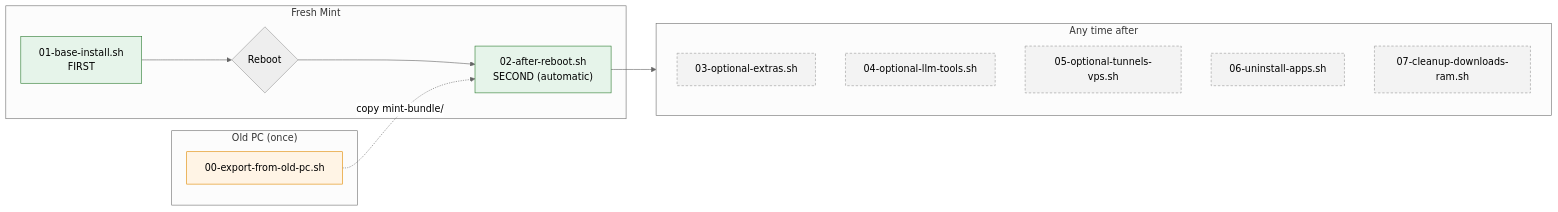
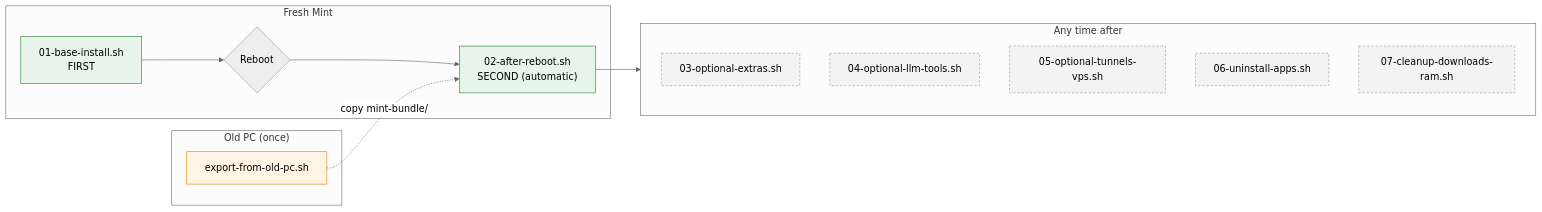
One commit to aquibahmed21/mint changed the first of 8 diagrams in README.md. Above: the diagram before and after it, drawn with Mermaid (neutral theme). The commit also changed other lines of this file and 5 other files, not shown here.

````diff
--- a/README.md
+++ b/README.md
@@ -29,27 +31,27 @@
 ```mermaid
 flowchart LR
     subgraph OLD["Old PC (once)"]
-        E[00-export-from-old-pc.sh]
+        E[export-from-old-pc.sh]
     end
     subgraph NEW["Fresh Mint"]
         A["01-base-install.sh<br/>FIRST"] --> R{Reboot}
         R --> B["02-after-reboot.sh<br/>SECOND (automatic)"]
     end
     subgraph LATER["Any time after"]
         C[03-optional-extras.sh]
         D[04-optional-llm-tools.sh]
         F[05-optional-tunnels-vps.sh]
         U[06-uninstall-apps.sh]
         G[07-cleanup-downloads-ram.sh]
     end
     E -. copy mint-bundle/ .-> B
     B --> LATER
     style A fill:#e6f4ea,stroke:#2e7d32
     style B fill:#e6f4ea,stroke:#2e7d32
     style C fill:#f3f3f3,stroke:#999,stroke-dasharray: 4 3
     style D fill:#f3f3f3,stroke:#999,stroke-dasharray: 4 3
     style F fill:#f3f3f3,stroke:#999,stroke-dasharray: 4 3
     style U fill:#f3f3f3,stroke:#999,stroke-dasharray: 4 3
     style G fill:#f3f3f3,stroke:#999,stroke-dasharray: 4 3
     style E fill:#fff4e5,stroke:#e08a00
 ```
````
